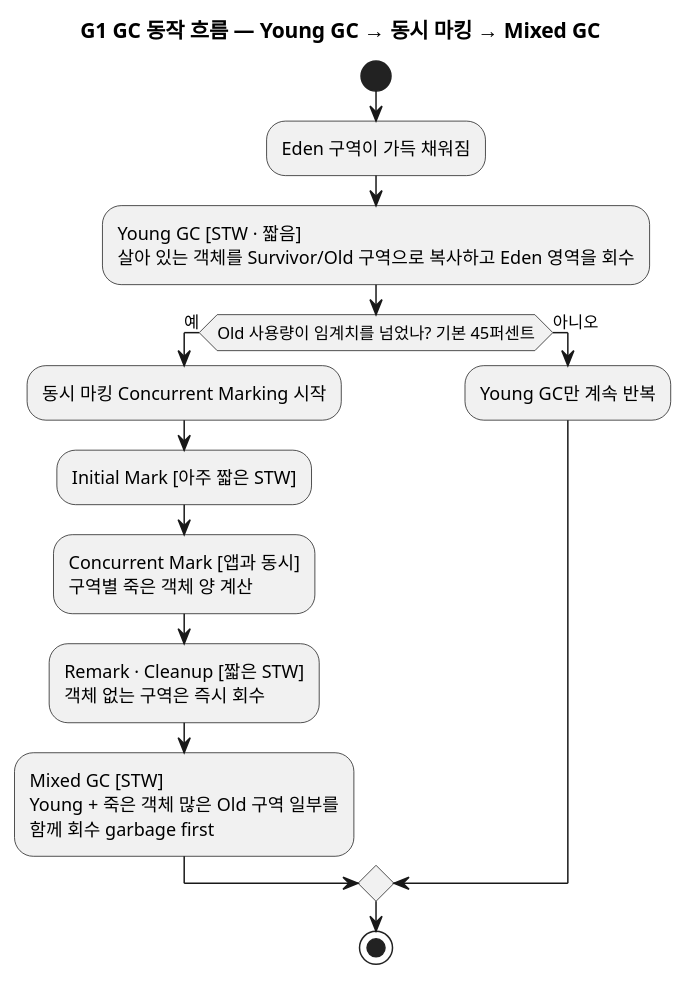
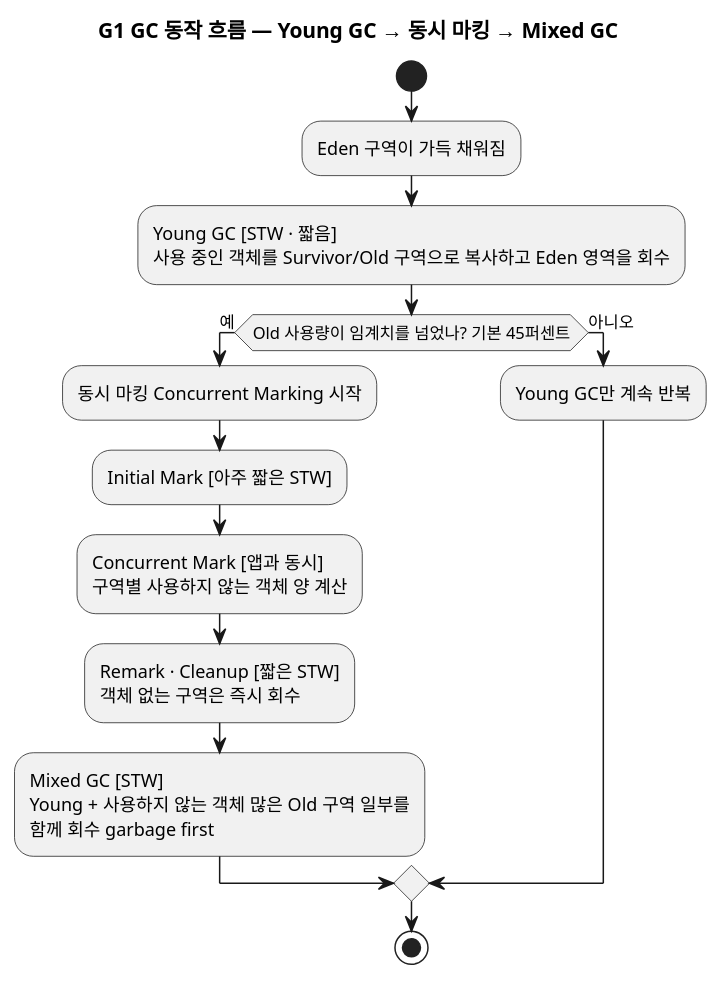
The sixth of 10 diagrams in blog/2026-08-18-java-gc-types.mdx (johnycho/johny-dev), drawn with PlantUML before and after one commit. The commit also changed other lines of this file and 42 other files, not shown here.

First line of the commit message:
post: MySQL GET_LOCK 분산 락 글 + java-gc 다이어그램·표현 정비, 지양어 다수

````diff
--- a/blog/2026-08-18-java-gc-types.mdx
+++ b/blog/2026-08-18-java-gc-types.mdx
@@ -243,18 +246,18 @@
 ```plantuml
 @startuml
 title G1 GC 동작 흐름 — Young GC → 동시 마킹 → Mixed GC
 start
 :Eden 구역이 가득 채워짐;
-:Young GC [STW · 짧음]\n살아 있는 객체를 Survivor/Old 구역으로 복사하고 Eden 영역을 회수;
+:Young GC [STW · 짧음]\n사용 중인 객체를 Survivor/Old 구역으로 복사하고 Eden 영역을 회수;
 if (Old 사용량이 임계치를 넘었나? 기본 45퍼센트) then (예)
   :동시 마킹 Concurrent Marking 시작;
   :Initial Mark [아주 짧은 STW];
-  :Concurrent Mark [앱과 동시]\n구역별 죽은 객체 양 계산;
+  :Concurrent Mark [앱과 동시]\n구역별 사용하지 않는 객체 양 계산;
   :Remark · Cleanup [짧은 STW]\n객체 없는 구역은 즉시 회수;
-  :Mixed GC [STW]\nYoung + 죽은 객체 많은 Old 구역 일부를\n함께 회수 garbage first;
+  :Mixed GC [STW]\nYoung + 사용하지 않는 객체 많은 Old 구역 일부를\n함께 회수 garbage first;
 else (아니오)
   :Young GC만 계속 반복;
 endif
 stop
 @enduml
 ```
````
